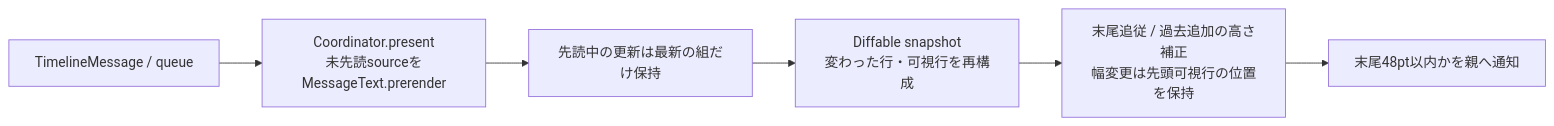
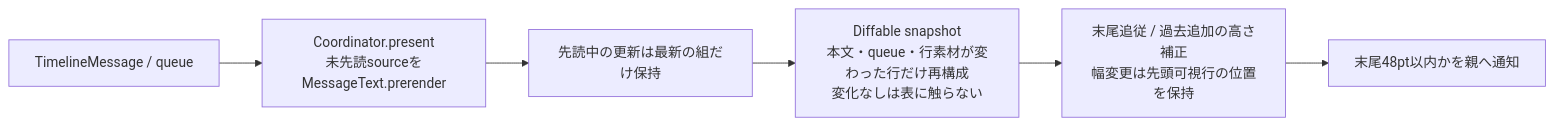
Before and after one commit to kitepon/BellTeam: the second of 3 diagrams in docs/architecture/modules/apple/conversation.md, drawn with Mermaid. The commit also changed other lines of this file and 5 other files, not shown here.

````diff
--- a/docs/architecture/modules/apple/conversation.md
+++ b/docs/architecture/modules/apple/conversation.md
@@ -53,8 +53,8 @@
 ```mermaid
 flowchart LR
   Model["TimelineMessage / queue"] --> Prepare["Coordinator.present<br/>未先読sourceをMessageText.prerender"]
   Prepare --> Latest["先読中の更新は最新の組だけ保持"]
-  Latest --> Apply["Diffable snapshot<br/>変わった行・可視行を再構成"]
+  Latest --> Apply["Diffable snapshot<br/>本文・queue・行素材が変わった行だけ再構成<br/>変化なしは表に触らない"]
   Apply --> Position["末尾追従 / 過去追加の高さ補正<br/>幅変更は先頭可視行の位置を保持"]
   Position --> Callback["末尾48pt以内かを親へ通知"]
 ```
````
